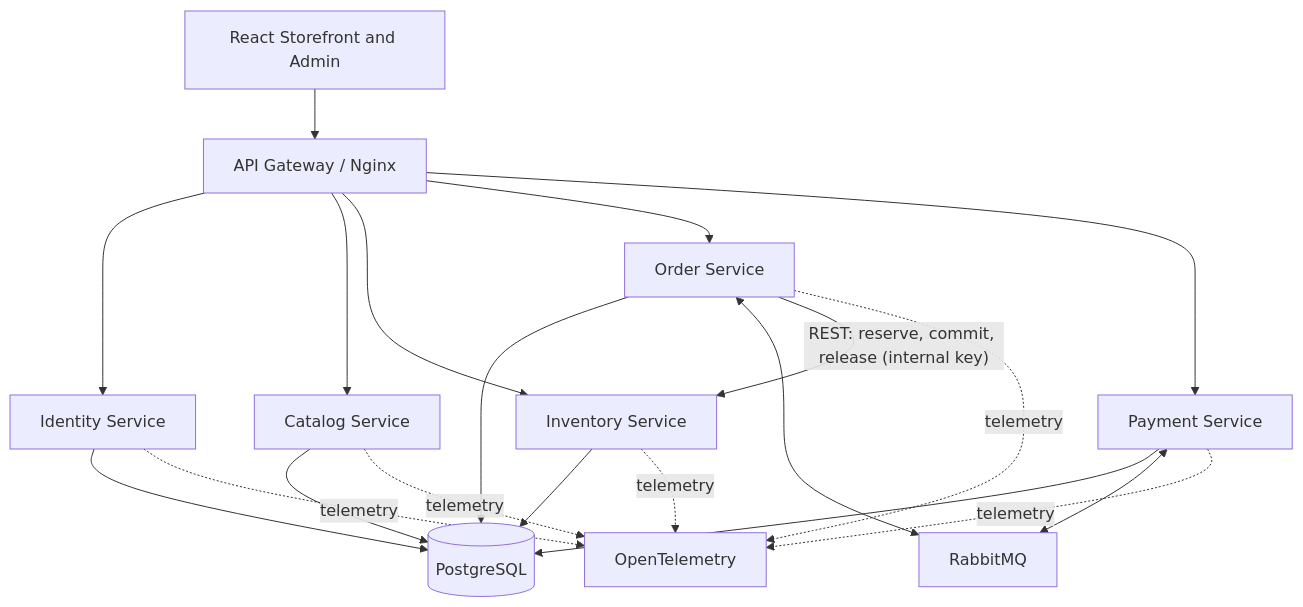
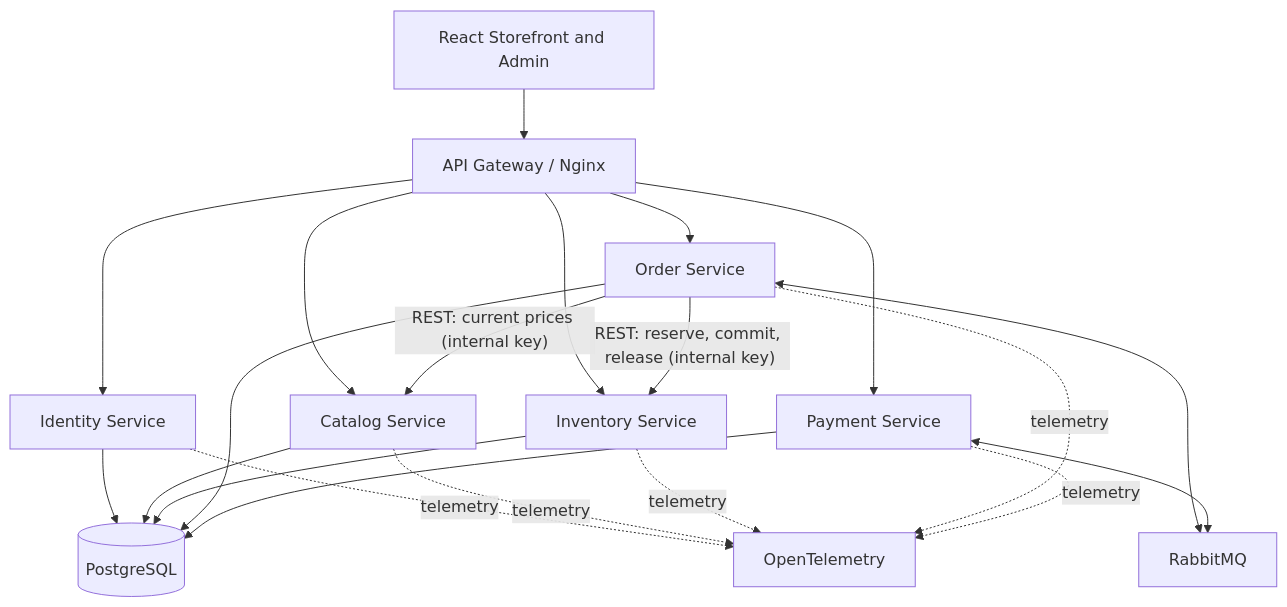
The first of 2 diagrams in docs/architecture.md (Furkanturan8/rovena), drawn with Mermaid before and after one commit. The commit also changed other lines of this file and 71 other files, not shown here.

````diff
--- a/docs/architecture.md
+++ b/docs/architecture.md
@@ -13,39 +13,40 @@
 ```mermaid
 flowchart TD
     Client[React Storefront and Admin]
     Gateway[API Gateway / Nginx]
 
     Identity[Identity Service]
     Catalog[Catalog Service]
     Inventory[Inventory Service]
     Order[Order Service]
     Payment[Payment Service]
 
     RabbitMQ[RabbitMQ]
     PostgreSQL[(PostgreSQL)]
     Observability[OpenTelemetry]
 
     Client --> Gateway
 
     Gateway --> Identity
     Gateway --> Catalog
     Gateway --> Inventory
     Gateway --> Order
     Gateway --> Payment
 
     Identity --> PostgreSQL
     Catalog --> PostgreSQL
     Inventory --> PostgreSQL
     Order --> PostgreSQL
     Payment --> PostgreSQL
 
     Order <--> RabbitMQ
     Payment <--> RabbitMQ
     Order -->|"REST: reserve, commit, release (internal key)"| Inventory
+    Order -->|"REST: current prices (internal key)"| Catalog
 
     Identity -. telemetry .-> Observability
     Catalog -. telemetry .-> Observability
     Inventory -. telemetry .-> Observability
     Order -. telemetry .-> Observability
     Payment -. telemetry .-> Observability
 ```
````
